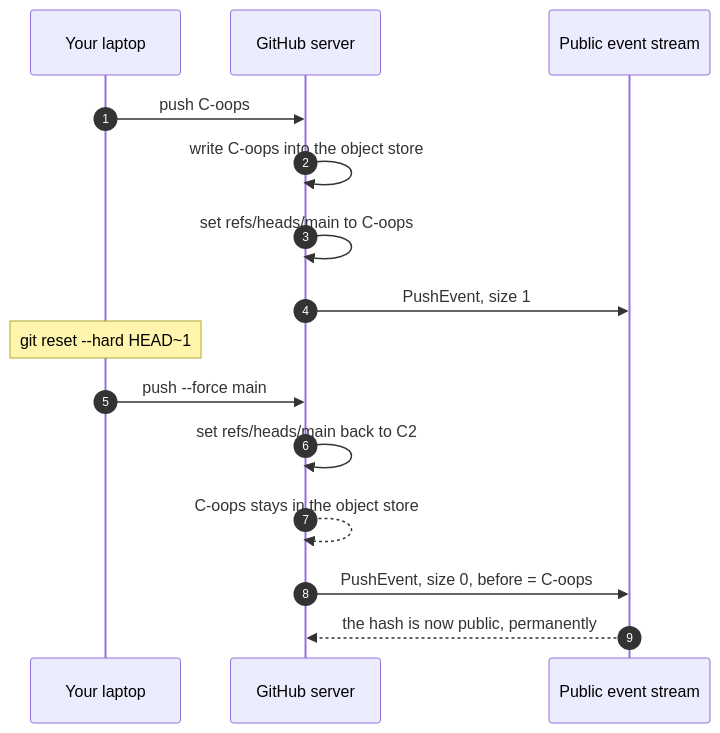
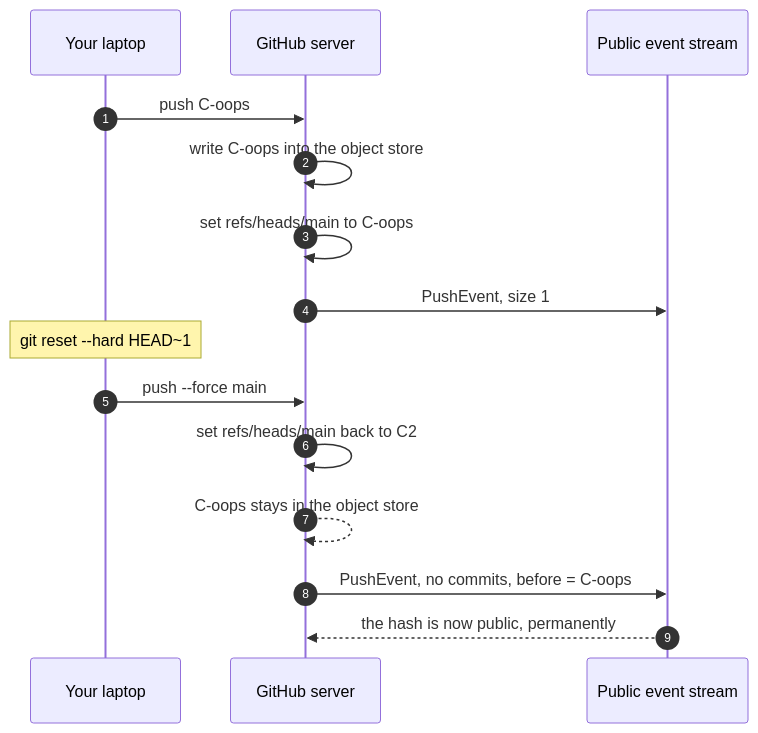
Before and after one commit to chrisns/example-orphaned-commit-repo: the third of 8 diagrams in README.md, drawn with Mermaid. The commit also changed other lines of this file and 3 other files, not shown here.

Commit message:
Record the real push event and correct the event field description

````diff
--- a/README.md
+++ b/README.md
@@ -97,17 +97,17 @@
 ```mermaid
 sequenceDiagram
     autonumber
     participant DEV as Your laptop
     participant GH as GitHub server
     participant EV as Public event stream
     DEV->>GH: push C-oops
     GH->>GH: write C-oops into the object store
     GH->>GH: set refs/heads/main to C-oops
     GH->>EV: PushEvent, size 1
     Note over DEV: git reset --hard HEAD~1
     DEV->>GH: push --force main
     GH->>GH: set refs/heads/main back to C2
     GH-->>GH: C-oops stays in the object store
-    GH->>EV: PushEvent, size 0, before = C-oops
+    GH->>EV: PushEvent, no commits, before = C-oops
     EV-->>GH: the hash is now public, permanently
 ```
````
